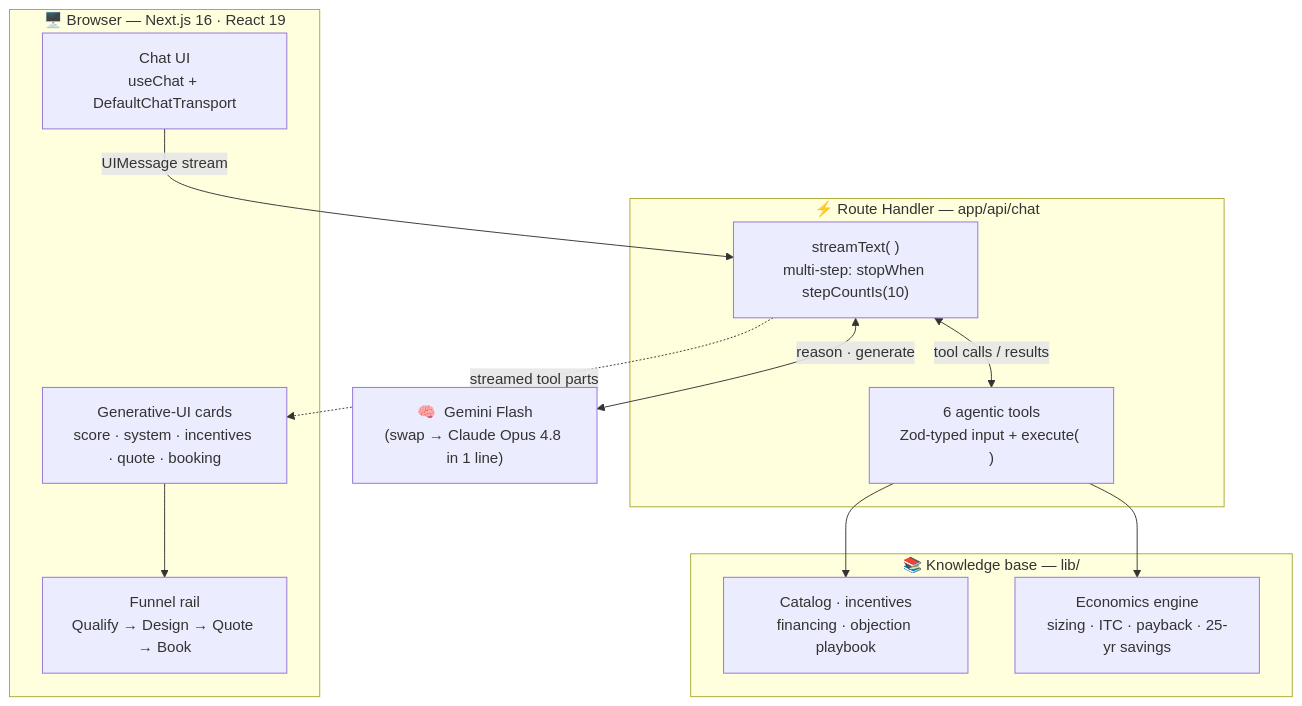
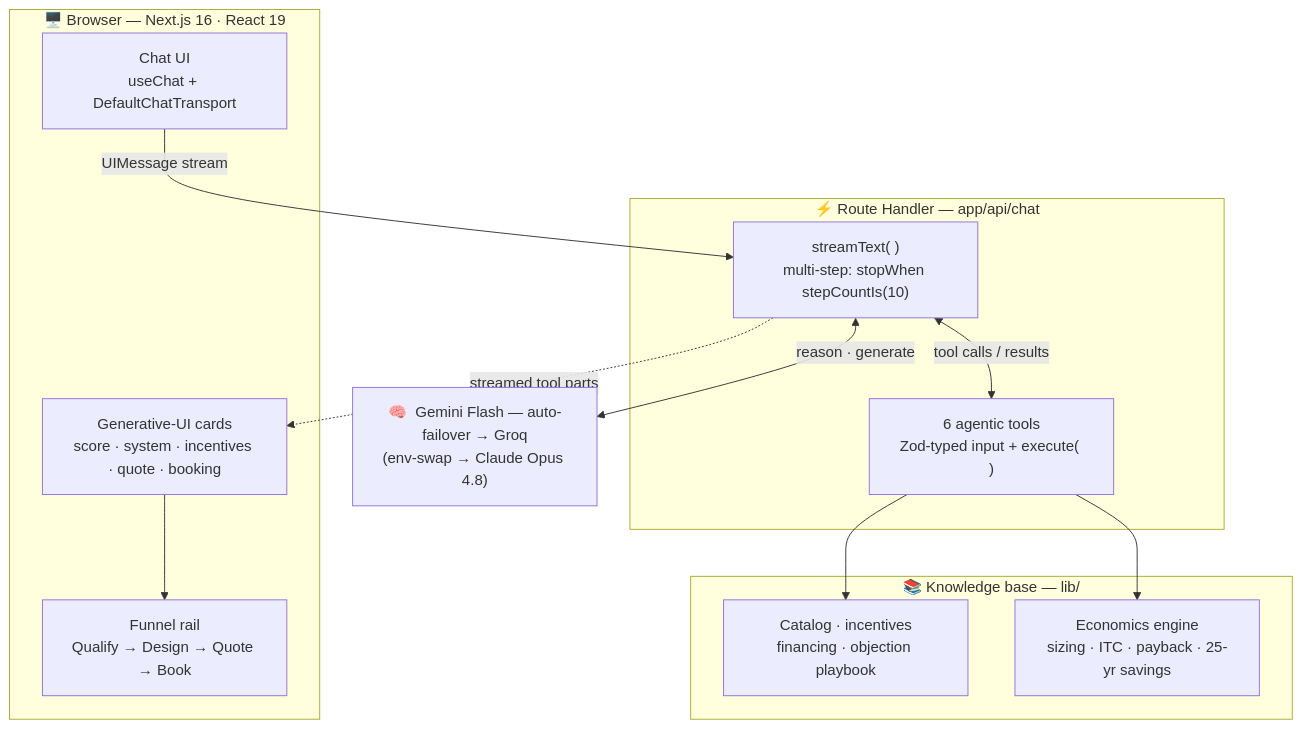
The second of 7 diagrams in README.md (SaudSatopay/sunpath-solar), drawn with Mermaid before and after one commit. The commit also changed other lines of this file, not shown here.

````diff
--- a/README.md
+++ b/README.md
@@ -98,28 +99,28 @@
 ```mermaid
 flowchart TB
     subgraph Client["🖥️  Browser — Next.js 16 · React 19"]
         UI["Chat UI<br/>useChat + DefaultChatTransport"]
         Cards["Generative-UI cards<br/>score · system · incentives · quote · booking"]
         Rail["Funnel rail<br/>Qualify → Design → Quote → Book"]
     end
 
     subgraph Server["⚡  Route Handler — app/api/chat"]
         Stream["streamText( )<br/>multi-step: stopWhen stepCountIs(10)"]
         Tools["6 agentic tools<br/>Zod-typed input + execute( )"]
     end
 
     subgraph KB["📚  Knowledge base — lib/"]
         Catalog["Catalog · incentives<br/>financing · objection playbook"]
         Econ["Economics engine<br/>sizing · ITC · payback · 25-yr savings"]
     end
 
-    Model["🧠  Gemini Flash<br/>(swap → Claude Opus 4.8 in 1 line)"]
+    Model["🧠  Gemini Flash — auto-failover → Groq<br/>(env-swap → Claude Opus 4.8)"]
 
     UI -->|"UIMessage stream"| Stream
     Stream <-->|"reason · generate"| Model
     Stream <-->|"tool calls / results"| Tools
     Tools --> Catalog
     Tools --> Econ
     Stream -.->|"streamed tool parts"| Cards
     Cards --> Rail
 ```
````
